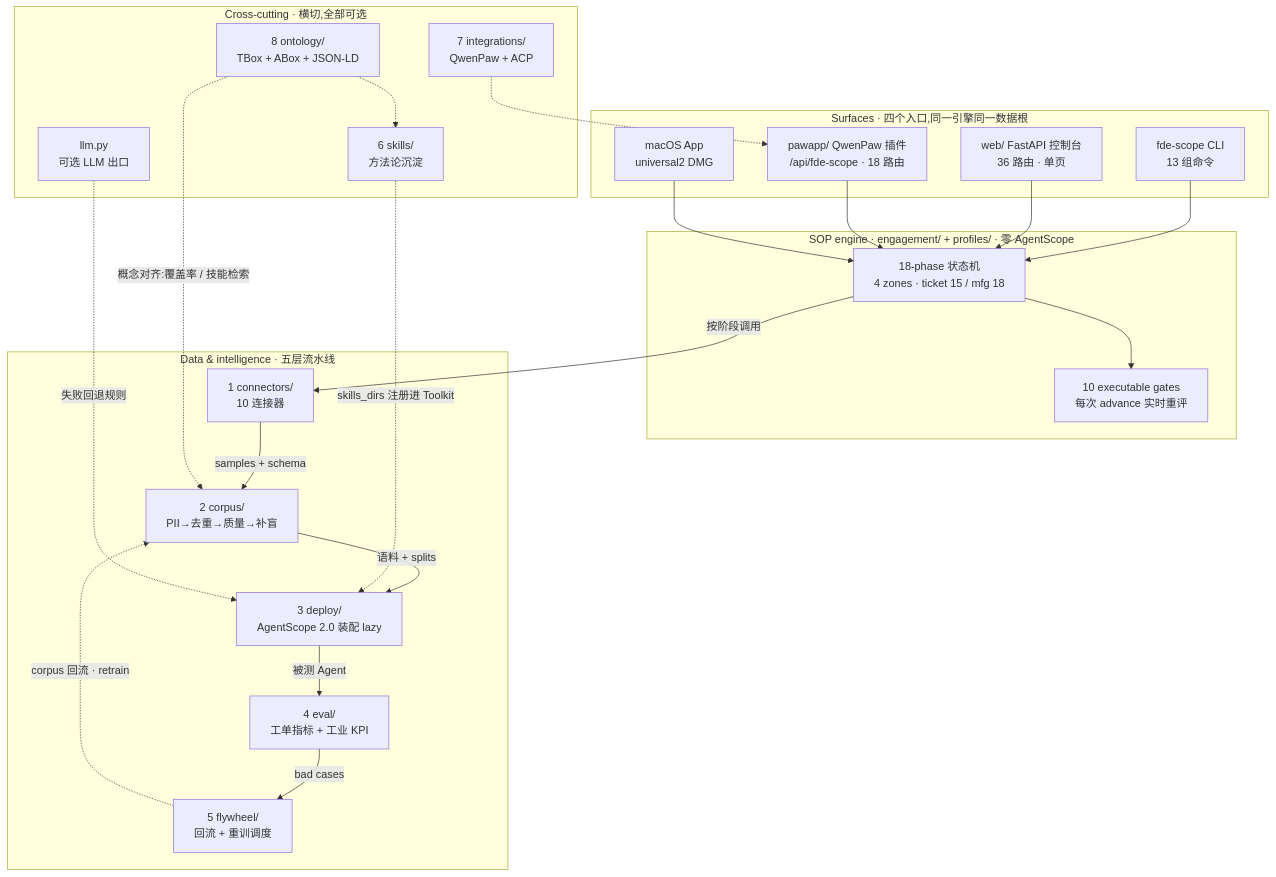
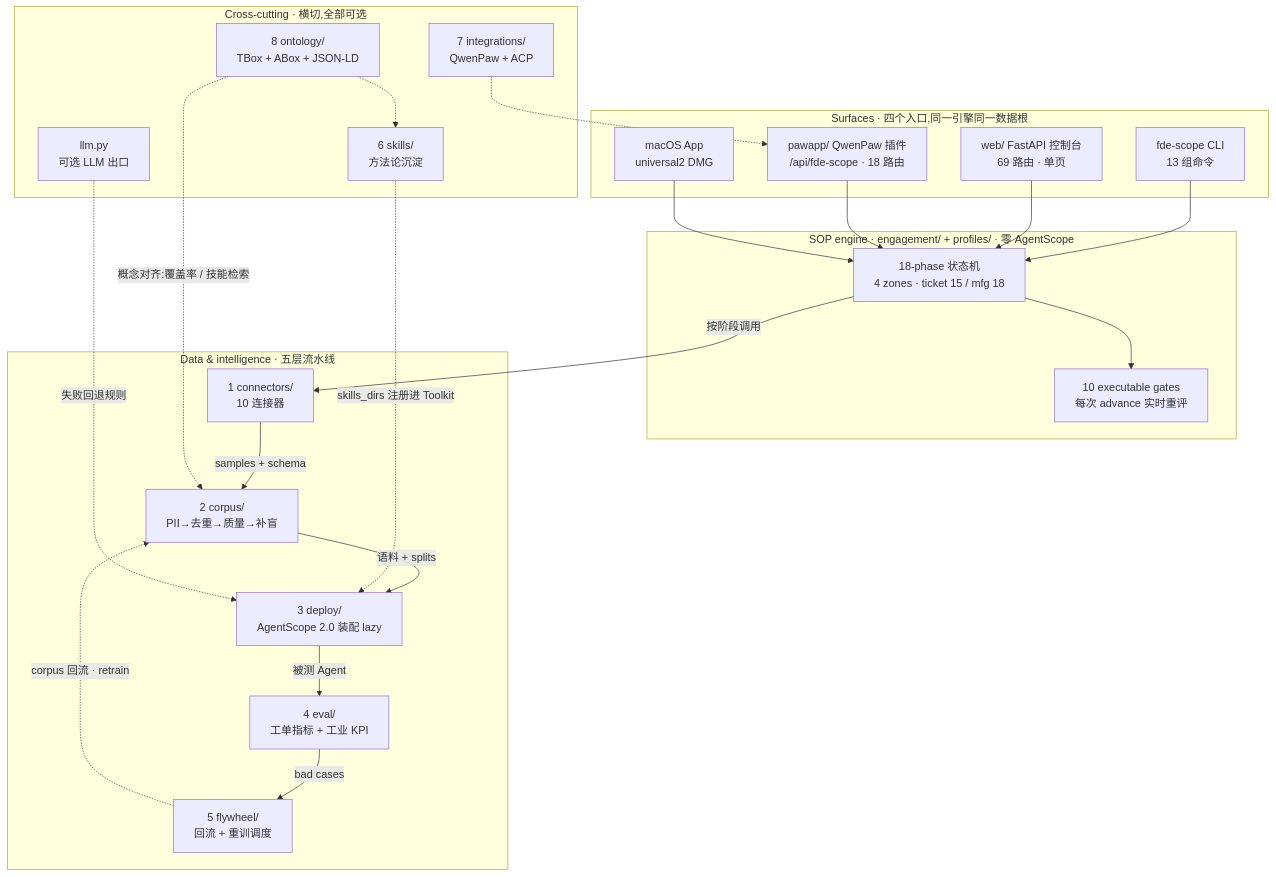
The second of 3 diagrams in README.md (ai-guru-global/fde-scope), drawn with Mermaid before and after one commit. The commit also changed other lines of this file and 49 other files, not shown here.

````diff
--- a/README.md
+++ b/README.md
@@ -265,46 +274,46 @@
 ```mermaid
 flowchart TB
     subgraph surfaces["Surfaces · 四个入口,同一引擎同一数据根"]
         CLI["fde-scope CLI<br/>13 组命令"]
-        WEB["web/ FastAPI 控制台<br/>36 路由 · 单页"]
+        WEB["web/ FastAPI 控制台<br/>69 路由 · 单页"]
         PAW["pawapp/ QwenPaw 插件<br/>/api/fde-scope · 18 路由"]
         MAC["macOS App<br/>universal2 DMG"]
     end
 
     subgraph engine["SOP engine · engagement/ + profiles/ · 零 AgentScope"]
         PH["18-phase 状态机<br/>4 zones · ticket 15 / mfg 18"]
         GT["10 executable gates<br/>每次 advance 实时重评"]
     end
 
     subgraph layers["Data & intelligence · 五层流水线"]
         L1["1 connectors/<br/>10 连接器"]
         L2["2 corpus/<br/>PII→去重→质量→补盲"]
         L3["3 deploy/<br/>AgentScope 2.0 装配 lazy"]
         L4["4 eval/<br/>工单指标 + 工业 KPI"]
         L5["5 flywheel/<br/>回流 + 重训调度"]
         L1 -->|"samples + schema"| L2
         L2 -->|"语料 + splits"| L3
         L3 -->|"被测 Agent"| L4
         L4 -->|"bad cases"| L5
         L5 -.->|"corpus 回流 · retrain"| L2
     end
 
     subgraph cross["Cross-cutting · 横切,全部可选"]
         SK["6 skills/<br/>方法论沉淀"]
         INT["7 integrations/<br/>QwenPaw + ACP"]
         ONT["8 ontology/<br/>TBox + ABox + JSON-LD"]
         LLM["llm.py<br/>可选 LLM 出口"]
     end
 
     CLI --> PH
     WEB --> PH
     PAW --> PH
     MAC --> PH
     PH --> GT
     PH -->|"按阶段调用"| L1
     ONT -.->|"概念对齐:覆盖率 / 技能检索"| L2
     ONT -.-> SK
     SK -.->|"skills_dirs 注册进 Toolkit"| L3
     LLM -.->|"失败回退规则"| L3
     INT -.-> PAW
 ```
````
